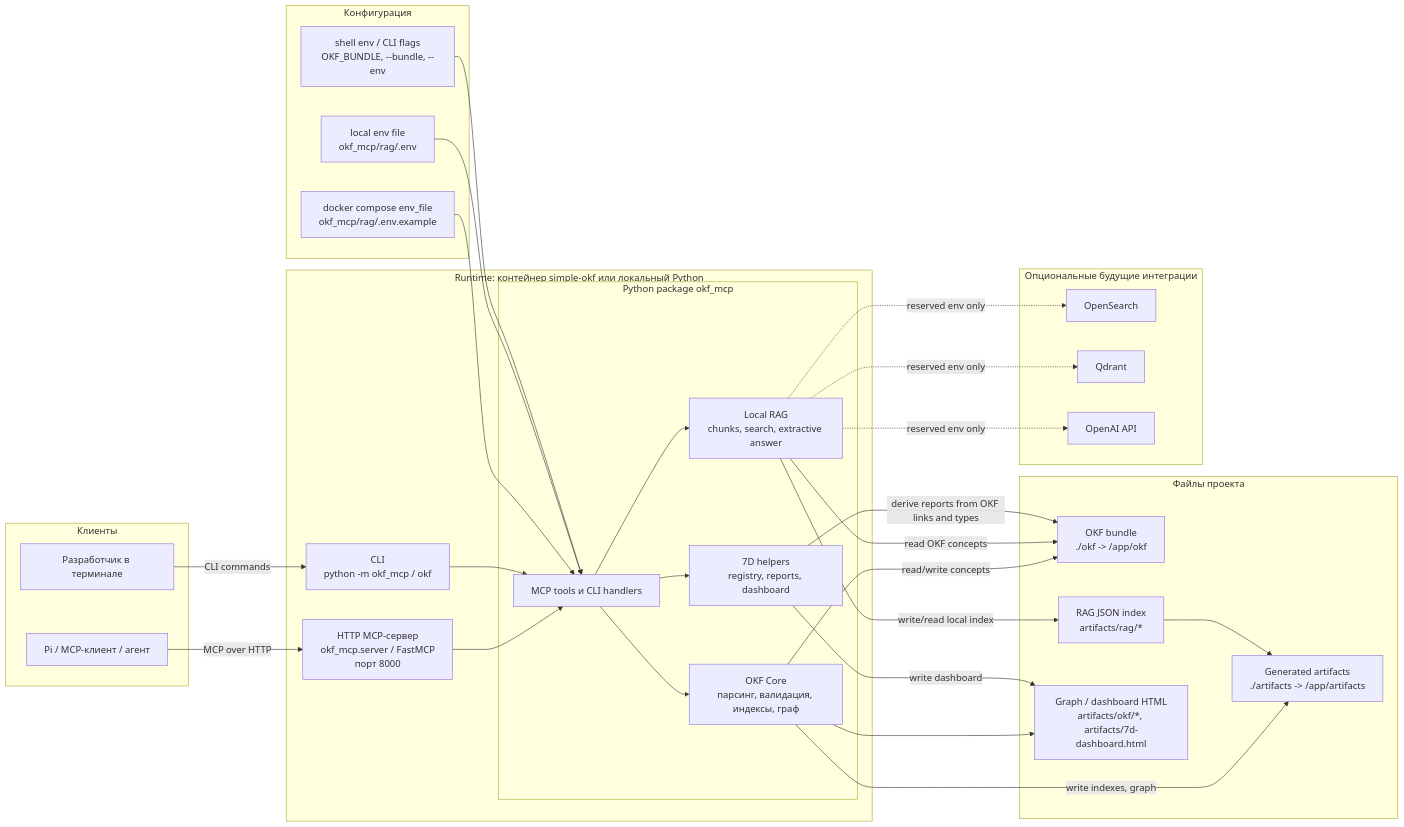
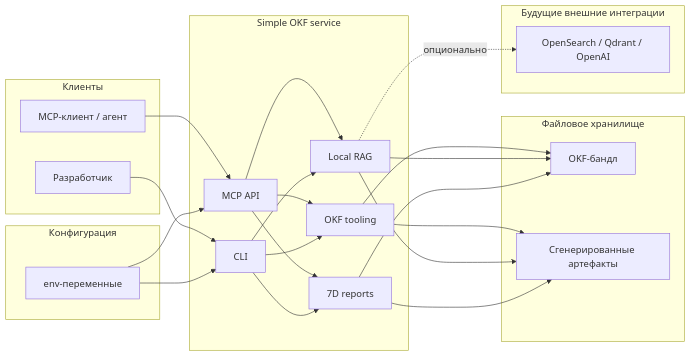
One commit to 18studio/simple_okf changed the diagram in README.md. Above: the diagram before and after it, drawn with Mermaid. The commit also changed other lines of this file, not shown here.

````diff
--- a/README.md
+++ b/README.md
@@ -125,66 +125,50 @@
 ```mermaid
 flowchart LR
     subgraph clients["Клиенты"]
-        pi["Pi / MCP-клиент / агент"]
-        developer["Разработчик в терминале"]
+        agent["MCP-клиент / агент"]
+        developer["Разработчик"]
     end
 
-    subgraph runtime["Runtime: контейнер simple-okf или локальный Python"]
-        mcpServer["HTTP MCP-сервер\nokf_mcp.server / FastMCP\nпорт 8000"]
-        cli["CLI\npython -m okf_mcp / okf"]
-
-        subgraph app["Python package okf_mcp"]
-            toolApi["MCP tools и CLI handlers"]
-            okfCore["OKF Core\nпарсинг, валидация, индексы, граф"]
-            ragCore["Local RAG\nchunks, search, extractive answer"]
-            sevenD["7D helpers\nregistry, reports, dashboard"]
-        end
+    subgraph service["Simple OKF service"]
+        api["MCP API"]
+        cli["CLI"]
+        okf["OKF tooling"]
+        rag["Local RAG"]
+        lifecycle["7D reports"]
     end
 
     subgraph config["Конфигурация"]
-        composeEnv["docker compose env_file\nokf_mcp/rag/.env.example"]
-        localEnv["local env file\nokf_mcp/rag/.env"]
-        shellEnv["shell env / CLI flags\nOKF_BUNDLE, --bundle, --env"]
+        env["env-переменные"]
     end
 
-    subgraph storage["Файлы проекта"]
-        okfBundle["OKF bundle\n./okf -> /app/okf"]
-        artifacts["Generated artifacts\n./artifacts -> /app/artifacts"]
-        ragIndex["RAG JSON index\nartifacts/rag/*"]
-        graphFiles["Graph / dashboard HTML\nartifacts/okf/*, artifacts/7d-dashboard.html"]
+    subgraph storage["Файловое хранилище"]
+        bundle["OKF-бандл"]
+        artifacts["Сгенерированные артефакты"]
     end
 
-    subgraph future["Опциональные будущие интеграции"]
-        opensearch["OpenSearch"]
-        qdrant["Qdrant"]
-        openai["OpenAI API"]
+    subgraph optional["Будущие внешние интеграции"]
+        external["OpenSearch / Qdrant / OpenAI"]
     end
 
-    pi -->|"MCP over HTTP"| mcpServer
-    developer -->|"CLI commands"| cli
-    mcpServer --> toolApi
-    cli --> toolApi
+    agent --> api
+    developer --> cli
 
-    composeEnv --> toolApi
-    localEnv --> toolApi
-    shellEnv --> toolApi
+    env --> api
+    env --> cli
 
-    toolApi --> okfCore
-    toolApi --> ragCore
-    toolApi --> sevenD
+    api --> okf
+    api --> rag
+    api --> lifecycle
+    cli --> okf
+    cli --> rag
+    cli --> lifecycle
 
-    okfCore -->|"read/write concepts"| okfBundle
-    okfCore -->|"write indexes, graph"| artifacts
-    okfCore --> graphFiles
+    okf --> bundle
+    okf --> artifacts
+    rag --> bundle
+    rag --> artifacts
+    lifecycle --> bundle
+    lifecycle --> artifacts
 
-    ragCore -->|"read OKF concepts"| okfBundle
-    ragCore -->|"write/read local index"| ragIndex
-    ragIndex --> artifacts
-
-    sevenD -->|"derive reports from OKF links and types"| okfBundle
-    sevenD -->|"write dashboard"| graphFiles
-
-    ragCore -. reserved env only .-> opensearch
-    ragCore -. reserved env only .-> qdrant
-    ragCore -. reserved env only .-> openai
+    rag -. опционально .-> external
 ```
````
